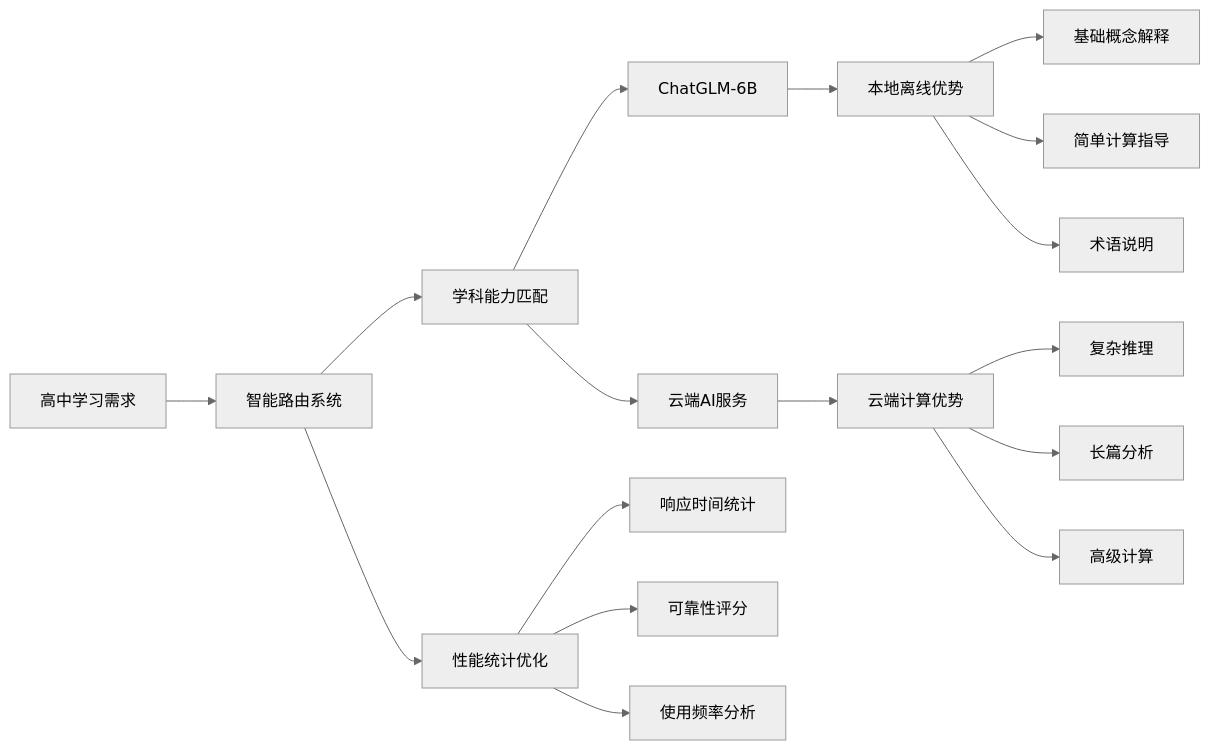
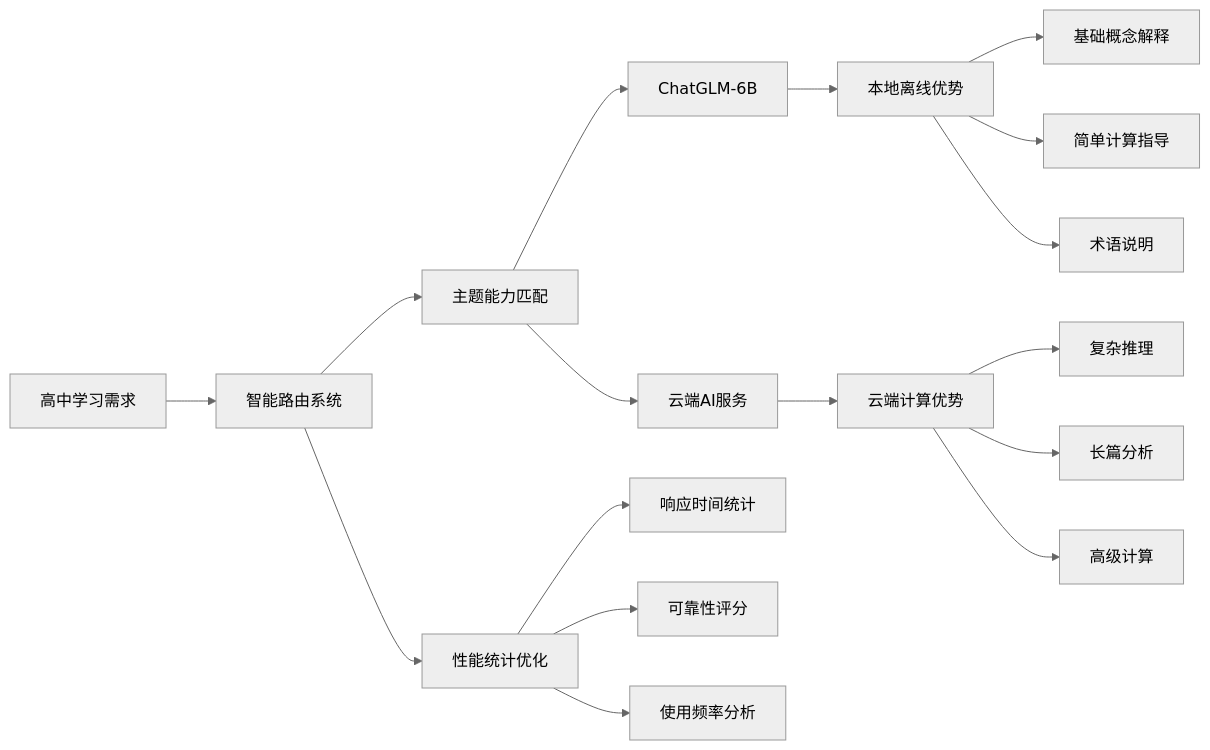
One commit to terminail/autodroid changed the tenth of 38 diagrams in autodroid-TeachItBack/.superpowers/design/embedded_ai_model_brainstorming_20260125.md. Above: the diagram before and after it, drawn with Mermaid (neutral theme). The commit also changed other lines of this file and 2 other files, not shown here.

````diff
--- a/autodroid-TeachItBack/.superpowers/design/embedded_ai_model_brainstorming_20260125.md
+++ b/autodroid-TeachItBack/.superpowers/design/embedded_ai_model_brainstorming_20260125.md
@@ -739,24 +739,24 @@
 ```mermaid
 graph LR
     A[高中学习需求] --> B[智能路由系统]
-    B --> C[学科能力匹配]
+    B --> C[主题能力匹配]
     B --> D[性能统计优化]
     
     C --> E[ChatGLM-6B]
     C --> F[云端AI服务]
     
     D --> G[响应时间统计]
     D --> H[可靠性评分]
     D --> I[使用频率分析]
     
     E --> J[本地离线优势]
     F --> K[云端计算优势]
     
     J --> L[基础概念解释]
     J --> M[简单计算指导]
     J --> N[术语说明]
     
     K --> O[复杂推理]
     K --> P[长篇分析]
     K --> Q[高级计算]
 ```
````
